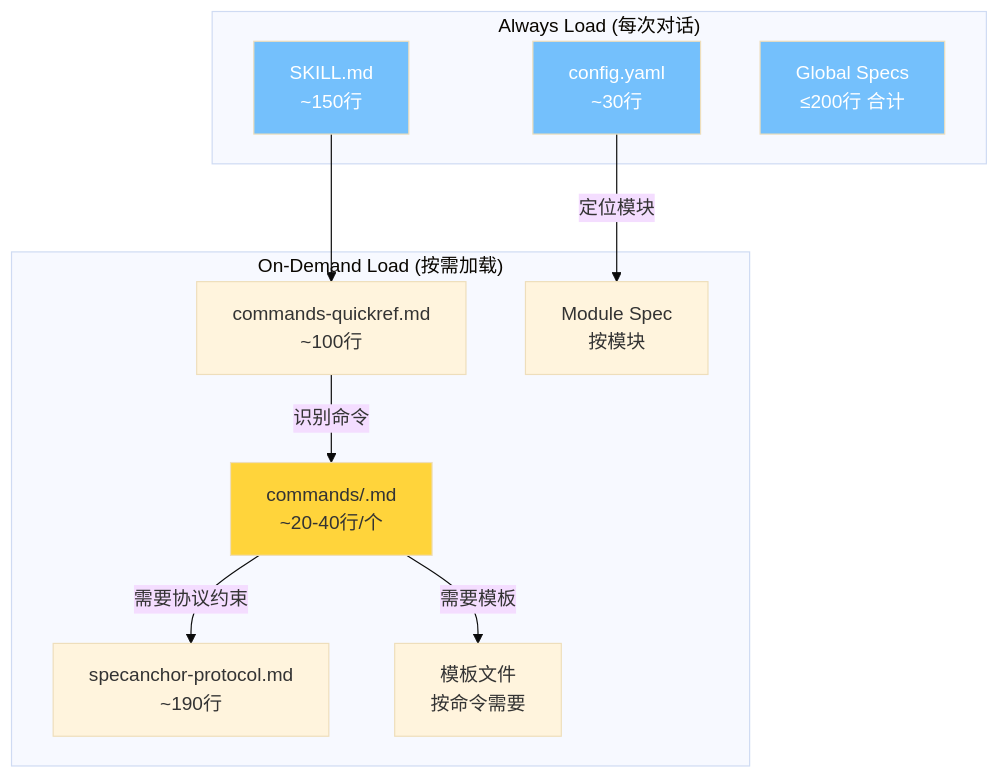
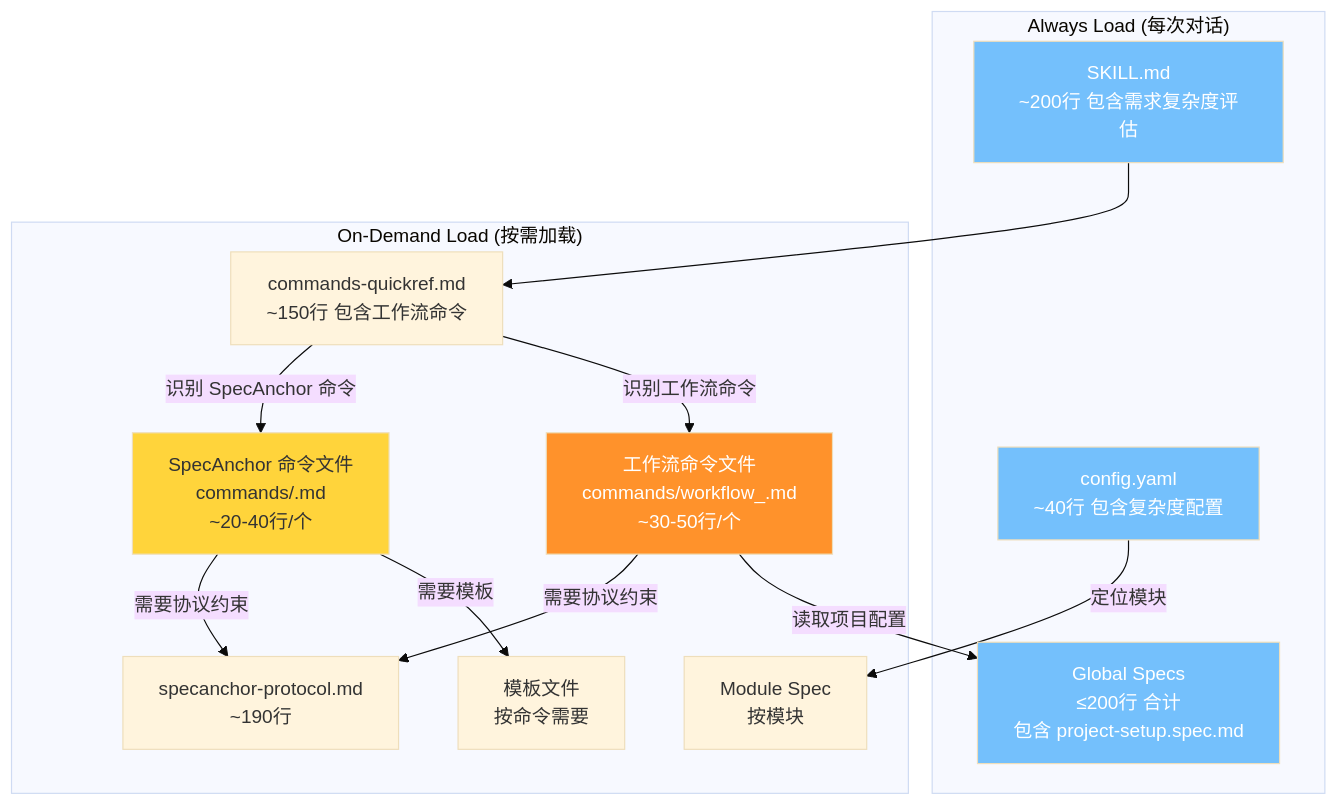
One commit to linziyanleo/spec-anchor changed the eighth of 10 diagrams in FLOWCHART.md. Above: the diagram before and after it, drawn with Mermaid (base theme). The commit also changed other lines of this file and 8 other files, not shown here.

````diff
--- a/FLOWCHART.md
+++ b/FLOWCHART.md
@@ -102,27 +193,32 @@
 ```mermaid
 flowchart TD
     subgraph "Always Load (每次对话)"
-        A1[SKILL.md<br/>~150行]
-        A2[config.yaml<br/>~30行]
-        A3[Global Specs<br/>≤200行 合计]
+        A1[SKILL.md<br/>~200行 包含需求复杂度评估]
+        A2[config.yaml<br/>~40行 包含复杂度配置]
+        A3[Global Specs<br/>≤200行 合计<br/>包含 project-setup.spec.md]
     end
 
     subgraph "On-Demand Load (按需加载)"
-        B1[commands-quickref.md<br/>~100行]
-        B2["commands/<cmd>.md<br/>~20-40行/个"]
-        B3[specanchor-protocol.md<br/>~190行]
-        B4[Module Spec<br/>按模块]
-        B5[模板文件<br/>按命令需要]
+        B1[commands-quickref.md<br/>~150行 包含工作流命令]
+        B2["SpecAnchor 命令文件<br/>commands/<cmd>.md<br/>~20-40行/个"]
+        B3["工作流命令文件<br/>commands/workflow_<cmd>.md<br/>~30-50行/个"]
+        B4[specanchor-protocol.md<br/>~190行]
+        B5[Module Spec<br/>按模块]
+        B6[模板文件<br/>按命令需要]
     end
 
     A1 --> B1
-    B1 -->|识别命令| B2
-    B2 -->|需要协议约束| B3
-    A2 -->|定位模块| B4
-    B2 -->|需要模板| B5
+    B1 -->|识别 SpecAnchor 命令| B2
+    B1 -->|识别工作流命令| B3
+    B2 -->|需要协议约束| B4
+    B3 -->|需要协议约束| B4
+    A2 -->|定位模块| B5
+    B2 -->|需要模板| B6
+    B3 -->|读取项目配置| A3
 
     style A1 fill:#74c0fc,color:#fff
     style A2 fill:#74c0fc,color:#fff
     style A3 fill:#74c0fc,color:#fff
     style B2 fill:#ffd43b,color:#333
+    style B3 fill:#ff922b,color:#fff
 ```
````
